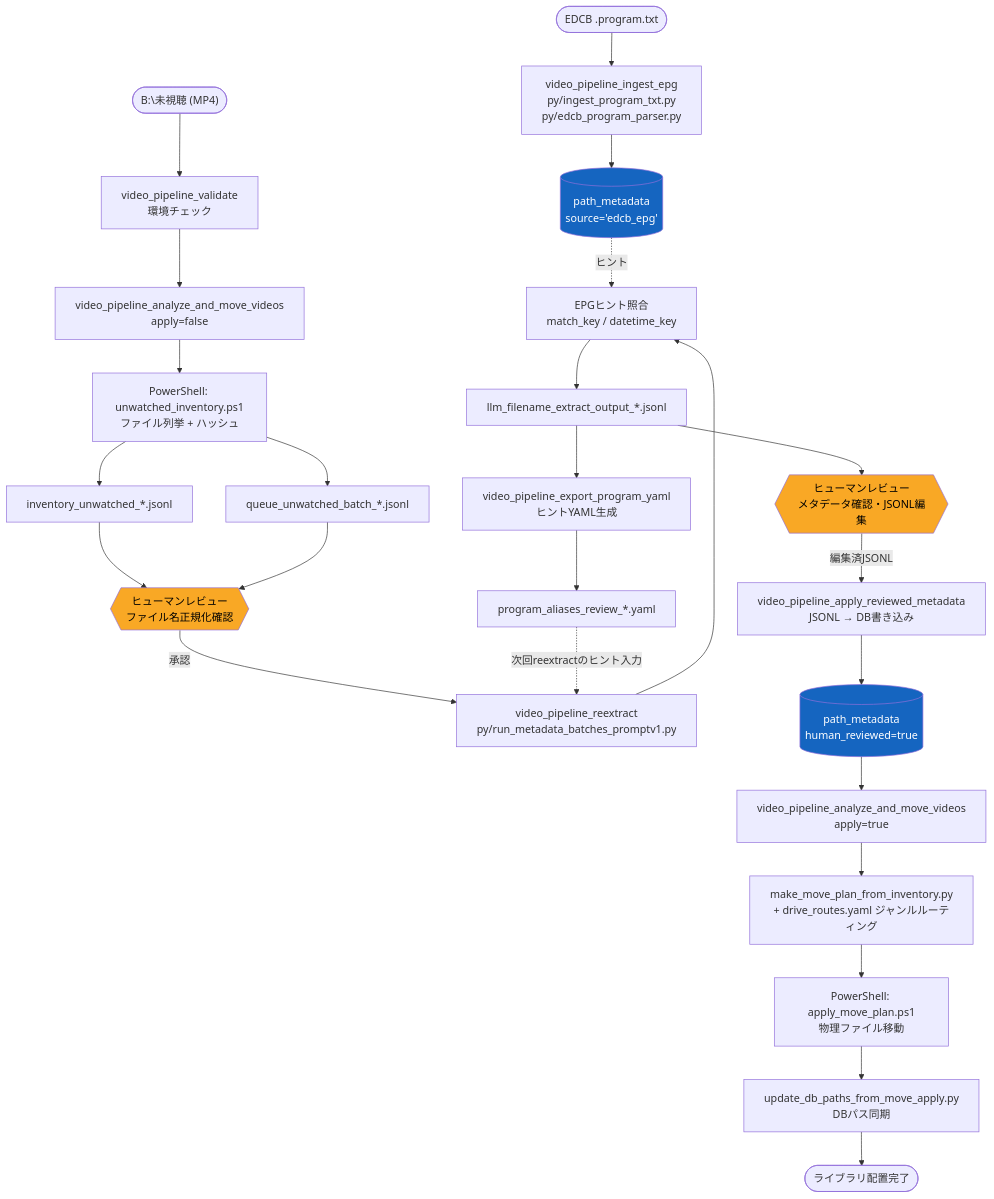
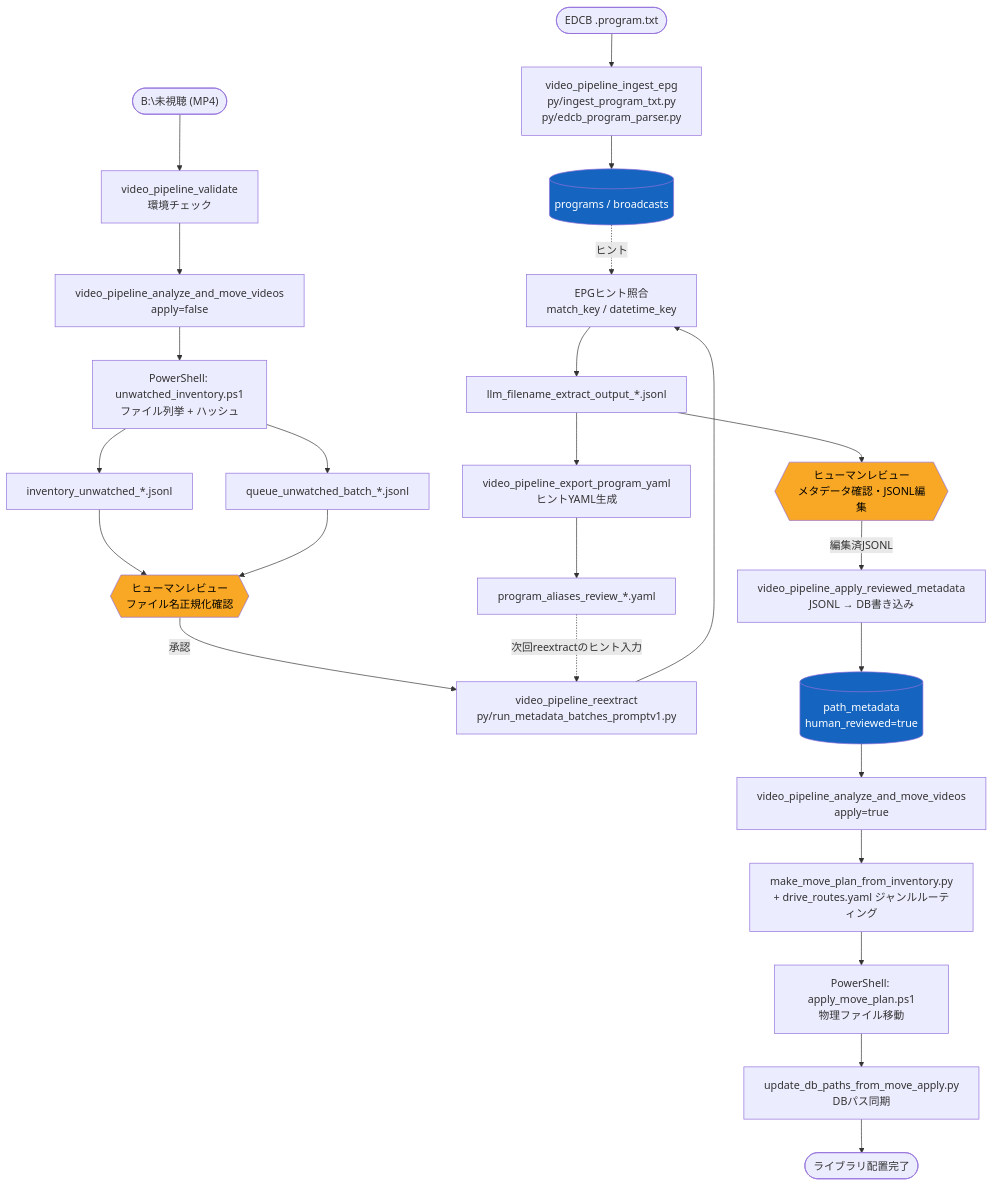
The third of 8 diagrams in README.md (NEXTAltair/video-library-pipeline), drawn with Mermaid before and after one commit. The commit also changed other lines of this file and 4 other files, not shown here.

Commit message:
Split EPG storage into programs/broadcasts and add migration

````diff
--- a/README.md
+++ b/README.md
@@ -113,55 +113,55 @@
 ```mermaid
 flowchart TD
     %% ── 前処理: EPG ──
     EPG_START(["EDCB .program.txt"])
     EPG_INGEST["video_pipeline_ingest_epg<br/>py/ingest_program_txt.py<br/>py/edcb_program_parser.py"]
-    EPG_DB[("path_metadata<br/>source='edcb_epg'")]
+    EPG_DB[("programs / broadcasts")]
     EPG_START --> EPG_INGEST --> EPG_DB
 
     %% ── Stage 1: Normalize ──
     S1_IN(["B:\未視聴 (MP4)"])
     S1_VALIDATE["video_pipeline_validate<br/>環境チェック"]
     S1_RUN["video_pipeline_analyze_and_move_videos<br/>apply=false"]
     S1_PS_INV["PowerShell: unwatched_inventory.ps1<br/>ファイル列挙 + ハッシュ"]
     S1_OUT_INV["inventory_unwatched_*.jsonl"]
     S1_OUT_Q["queue_unwatched_batch_*.jsonl"]
     S1_GATE{{"ヒューマンレビュー<br/>ファイル名正規化確認"}}
 
     S1_IN --> S1_VALIDATE --> S1_RUN
     S1_RUN --> S1_PS_INV
     S1_PS_INV --> S1_OUT_INV & S1_OUT_Q
     S1_OUT_INV & S1_OUT_Q --> S1_GATE
 
     %% ── Stage 2: Extract ──
     S2_REEXTRACT["video_pipeline_reextract<br/>py/run_metadata_batches_promptv1.py"]
     S2_EPG_MATCH["EPGヒント照合<br/>match_key / datetime_key"]
     S2_EXTRACT_OUT["llm_filename_extract_output_*.jsonl"]
     S2_EXPORT["video_pipeline_export_program_yaml<br/>ヒントYAML生成"]
     S2_YAML["program_aliases_review_*.yaml"]
     S2_GATE{{"ヒューマンレビュー<br/>メタデータ確認・JSONL編集"}}
     S2_APPLY["video_pipeline_apply_reviewed_metadata<br/>JSONL → DB書き込み"]
     S2_DB[("path_metadata<br/>human_reviewed=true")]
 
     S1_GATE -->|承認| S2_REEXTRACT
     EPG_DB -.->|ヒント| S2_EPG_MATCH
     S2_REEXTRACT --> S2_EPG_MATCH --> S2_EXTRACT_OUT
     S2_EXTRACT_OUT --> S2_EXPORT --> S2_YAML
     S2_YAML -.->|次回reextractのヒント入力| S2_REEXTRACT
     S2_EXTRACT_OUT --> S2_GATE
     S2_GATE -->|編集済JSONL| S2_APPLY --> S2_DB
 
     %% ── Stage 3: Move ──
     S3_RUN["video_pipeline_analyze_and_move_videos<br/>apply=true"]
     S3_PLAN["make_move_plan_from_inventory.py<br/>+ drive_routes.yaml ジャンルルーティング"]
     S3_PS_MOVE["PowerShell: apply_move_plan.ps1<br/>物理ファイル移動"]
     S3_DB_SYNC["update_db_paths_from_move_apply.py<br/>DBパス同期"]
     S3_DONE(["ライブラリ配置完了"])
 
     S2_DB --> S3_RUN --> S3_PLAN --> S3_PS_MOVE --> S3_DB_SYNC --> S3_DONE
 
     %% スタイル
     style S1_GATE fill:#f9a825,color:#000
     style S2_GATE fill:#f9a825,color:#000
     style EPG_DB fill:#1565c0,color:#fff
     style S2_DB fill:#1565c0,color:#fff
 ```
````
